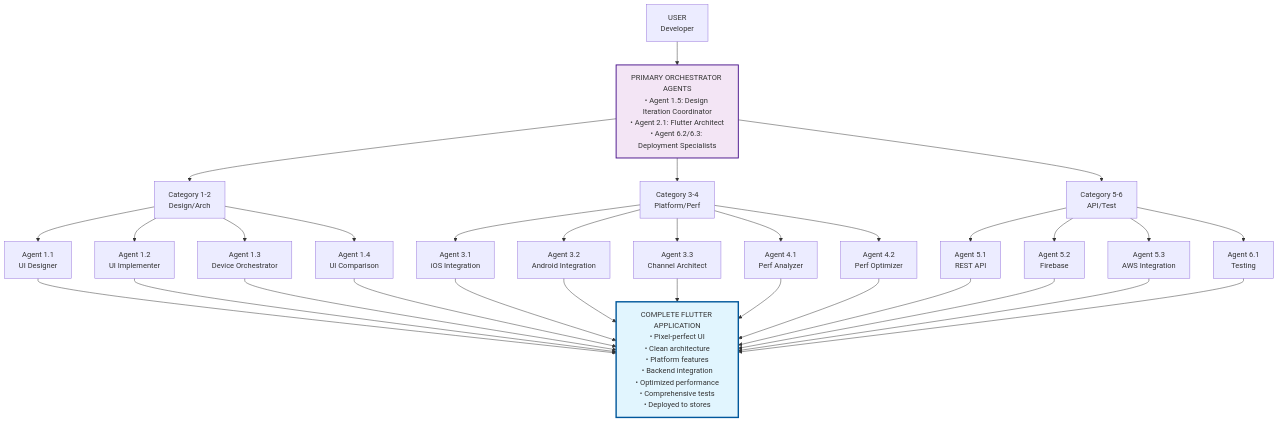
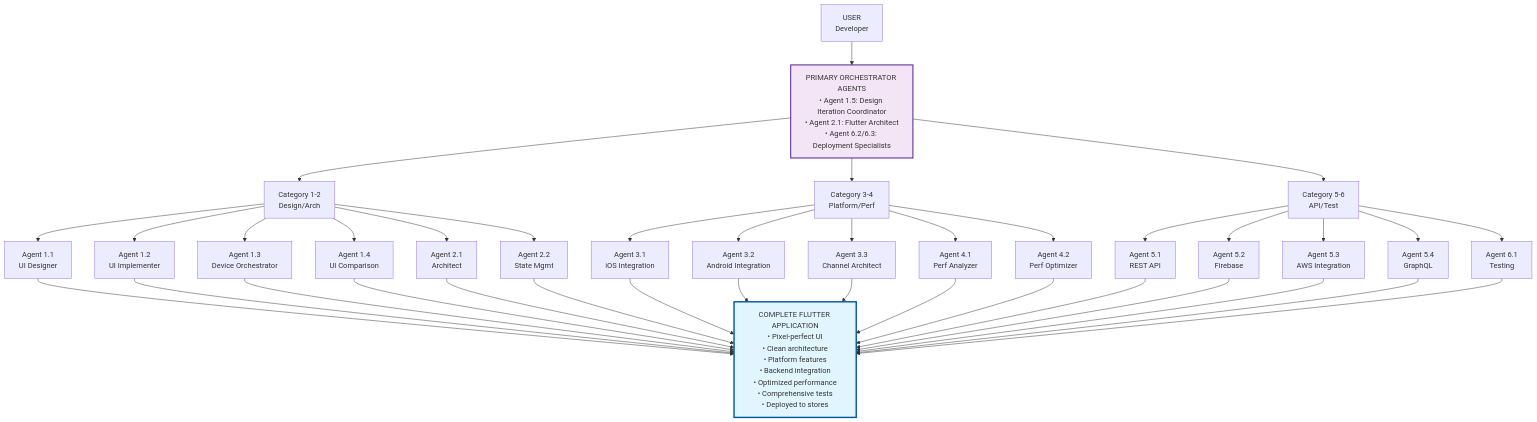
The eighth of 8 diagrams in WORKFLOW_DIAGRAMS.md (cleydson/flutter-claude-code), drawn with Mermaid before and after one commit. The commit also changed 6 other files, not shown here.

````diff
--- a/WORKFLOW_DIAGRAMS.md
+++ b/WORKFLOW_DIAGRAMS.md
@@ -226,43 +226,49 @@
 ```mermaid
 graph TB
     USER[USER<br/>Developer] --> ORCH[PRIMARY ORCHESTRATOR AGENTS<br/>• Agent 1.5: Design Iteration Coordinator<br/>• Agent 2.1: Flutter Architect<br/>• Agent 6.2/6.3: Deployment Specialists]
 
     ORCH --> CAT1[Category 1-2<br/>Design/Arch]
     ORCH --> CAT2[Category 3-4<br/>Platform/Perf]
     ORCH --> CAT3[Category 5-6<br/>API/Test]
 
     CAT1 --> AGENT11[Agent 1.1<br/>UI Designer]
     CAT1 --> AGENT12[Agent 1.2<br/>UI Implementer]
     CAT1 --> AGENT13[Agent 1.3<br/>Device Orchestrator]
     CAT1 --> AGENT14[Agent 1.4<br/>UI Comparison]
+    CAT1 --> AGENT21[Agent 2.1<br/>Architect]
+    CAT1 --> AGENT22[Agent 2.2<br/>State Mgmt]
 
     CAT2 --> AGENT31[Agent 3.1<br/>iOS Integration]
     CAT2 --> AGENT32[Agent 3.2<br/>Android Integration]
     CAT2 --> AGENT33[Agent 3.3<br/>Channel Architect]
     CAT2 --> AGENT41[Agent 4.1<br/>Perf Analyzer]
     CAT2 --> AGENT42[Agent 4.2<br/>Perf Optimizer]
 
     CAT3 --> AGENT51[Agent 5.1<br/>REST API]
     CAT3 --> AGENT52[Agent 5.2<br/>Firebase]
     CAT3 --> AGENT53[Agent 5.3<br/>AWS Integration]
+    CAT3 --> AGENT54[Agent 5.4<br/>GraphQL]
     CAT3 --> AGENT61[Agent 6.1<br/>Testing]
 
     RESULT[COMPLETE FLUTTER APPLICATION<br/>• Pixel-perfect UI<br/>• Clean architecture<br/>• Platform features<br/>• Backend integration<br/>• Optimized performance<br/>• Comprehensive tests<br/>• Deployed to stores]
 
     AGENT11 --> RESULT
     AGENT12 --> RESULT
     AGENT13 --> RESULT
     AGENT14 --> RESULT
+    AGENT21 --> RESULT
+    AGENT22 --> RESULT
     AGENT31 --> RESULT
     AGENT32 --> RESULT
     AGENT33 --> RESULT
     AGENT41 --> RESULT
     AGENT42 --> RESULT
     AGENT51 --> RESULT
     AGENT52 --> RESULT
     AGENT53 --> RESULT
+    AGENT54 --> RESULT
     AGENT61 --> RESULT
 
     style RESULT fill:#e1f5fe,stroke:#01579b,stroke-width:3px
     style ORCH fill:#f3e5f5,stroke:#4a148c,stroke-width:2px
 ```
````
